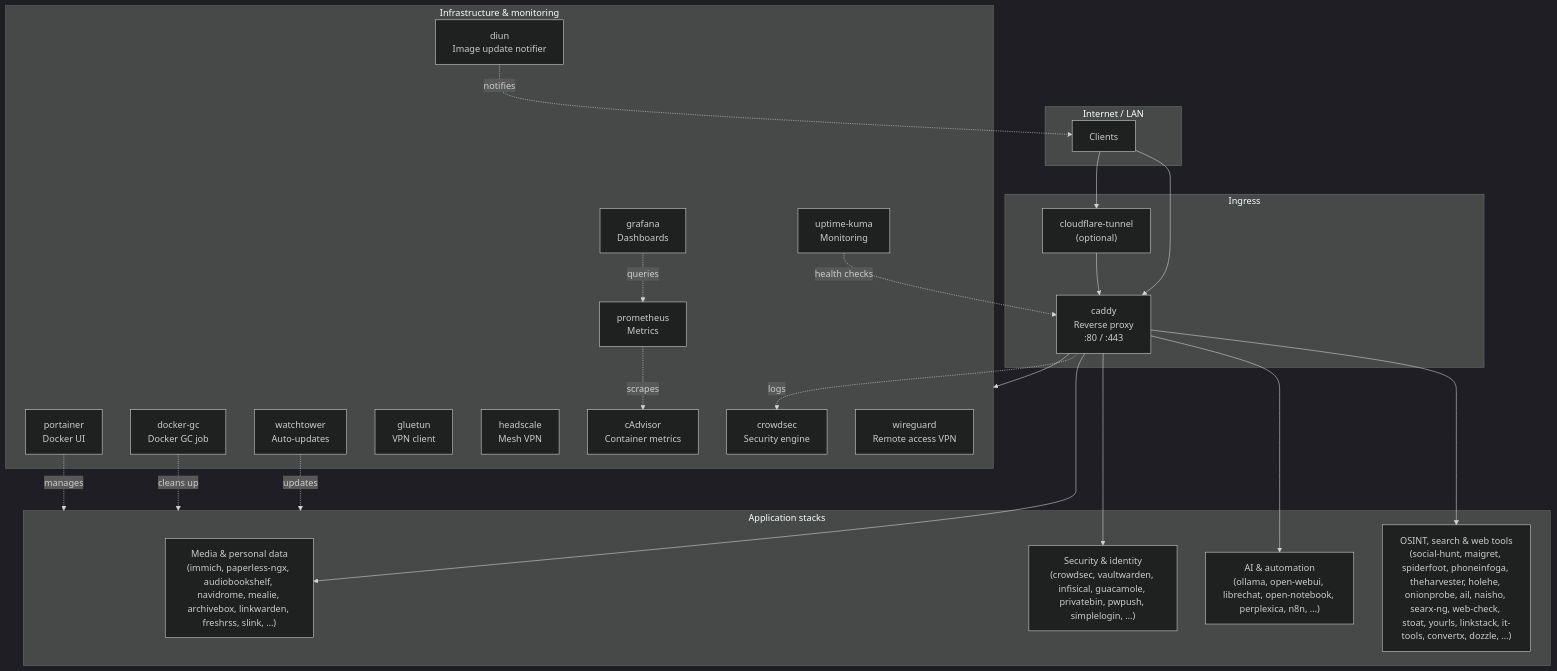
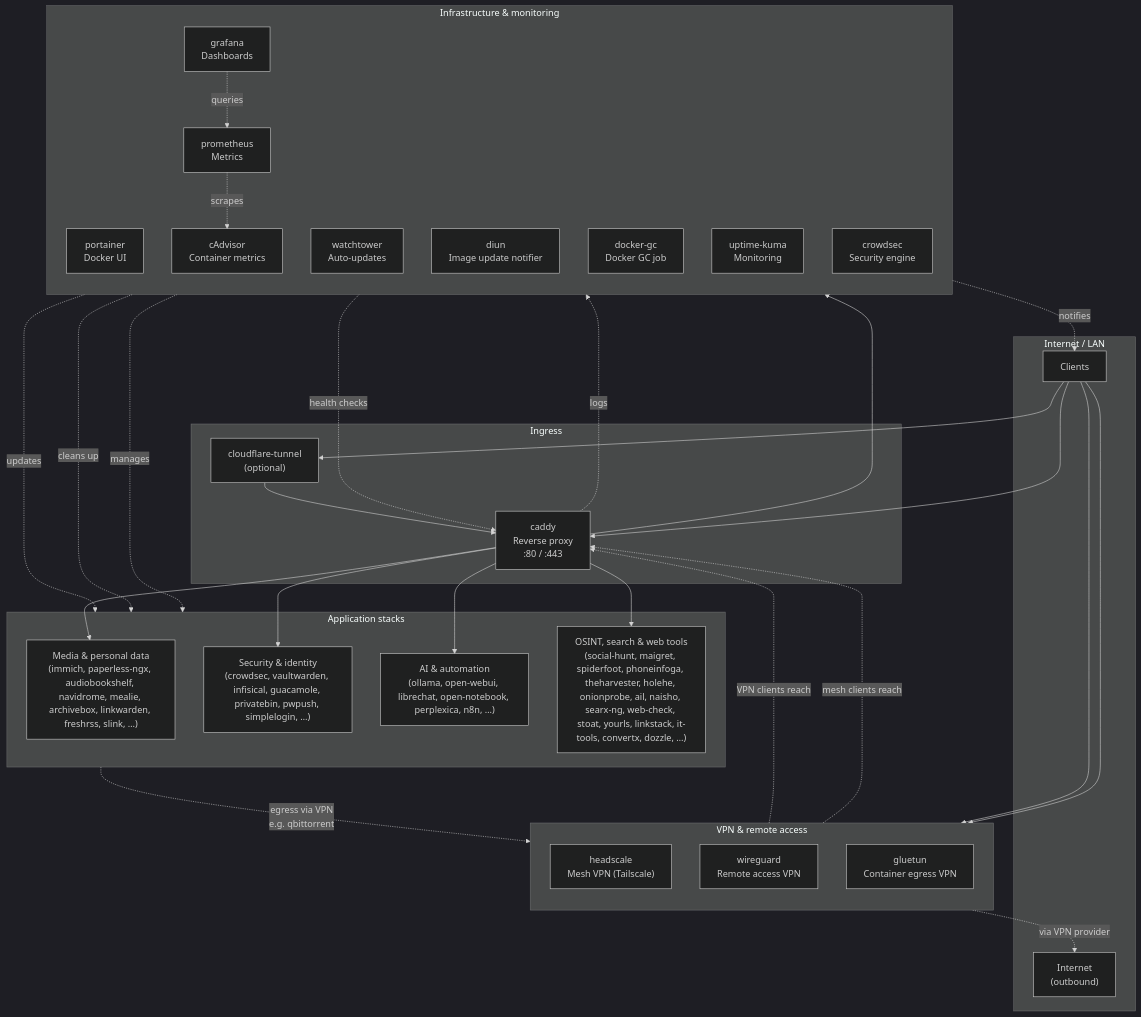
Before and after one commit to bolens/homelab: the diagram in README.md, drawn with Mermaid (dark theme). The commit also changed other lines of this file, not shown here.

Commit message:
Topology: group VPN options, add Gluetun egress path, tighten prose
- VPN subgraph with headscale, wireguard, gluetun; arrows to Caddy and outbound
- Add Internet (outbound) node; gluetun -.-> via VPN provider
- Infra subgraph direction TB; Traffic/Infrastructure bullets clarified

Made-with: Cursor

````diff
--- a/README.md
+++ b/README.md
@@ -9,53 +9,67 @@
 ```mermaid
 flowchart TB
     subgraph internet["Internet / LAN"]
         users["Clients"]
+        outbound["Internet<br>(outbound)"]
     end
 
     subgraph ingress["Ingress"]
         tunnel["cloudflare-tunnel<br>(optional)"]
         caddy["caddy<br>Reverse proxy<br>:80 / :443"]
+    end
+
+    subgraph vpn["VPN & remote access"]
+        direction TB
+        headscale["headscale<br>Mesh VPN (Tailscale)"]
+        wireguard["wireguard<br>Remote access VPN"]
+        gluetun["gluetun<br>Container egress VPN"]
     end
 
     subgraph apps["Application stacks"]
         apps_media["Media & personal data<br>(immich, paperless-ngx, audiobookshelf, navidrome, mealie, archivebox, linkwarden, freshrss, slink, …)"]
         apps_security["Security & identity<br>(crowdsec, vaultwarden, infisical, guacamole, privatebin, pwpush, simplelogin, …)"]
         apps_ai["AI & automation<br>(ollama, open-webui, librechat, open-notebook, perplexica, n8n, …)"]
         apps_osint["OSINT, search & web tools<br>(social-hunt, maigret, spiderfoot, phoneinfoga, theharvester, holehe, onionprobe, ail, naisho, searx-ng, web-check, stoat, yourls, linkstack, it-tools, convertx, dozzle, …)"]
     end
 
     subgraph infra["Infrastructure & monitoring"]
+        direction TB
         portainer["portainer<br>Docker UI"]
         watchtower["watchtower<br>Auto-updates"]
         diun["diun<br>Image update notifier"]
         dockergc["docker-gc<br>Docker GC job"]
-        gluetun["gluetun<br>VPN client"]
         kuma["uptime-kuma<br>Monitoring"]
-        headscale["headscale<br>Mesh VPN"]
         grafana["grafana<br>Dashboards"]
         prometheus["prometheus<br>Metrics"]
         cadvisor["cAdvisor<br>Container metrics"]
         crowdsec["crowdsec<br>Security engine"]
-        wireguard["wireguard<br>Remote access VPN"]
     end
 
     users --> tunnel
     users --> caddy
     tunnel --> caddy
+
+    users --> wireguard
+    users --> headscale
+    wireguard -.->|VPN clients reach| caddy
+    headscale -.->|mesh clients reach| caddy
+
+    apps -.->|egress via VPN<br>e.g. qbittorrent| gluetun
+    gluetun -.->|via VPN provider| outbound
 
     caddy --> apps_media
     caddy --> apps_security
     caddy --> apps_ai
     caddy --> apps_osint
     caddy --> infra
 
     caddy -.->|logs| crowdsec
 
     kuma -.->|health checks| caddy
     prometheus -.->|scrapes| cadvisor
     grafana -.->|queries| prometheus
     watchtower -.->|updates| apps
     dockergc -.->|cleans up| apps
     diun -.->|notifies| users
     portainer -.->|manages| apps
 ```
````
